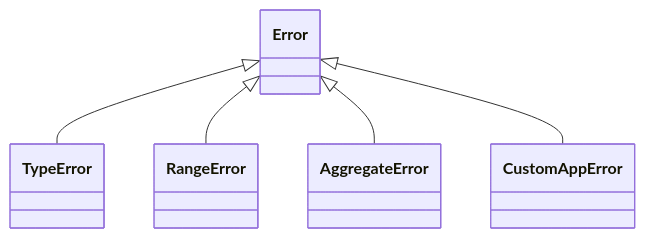
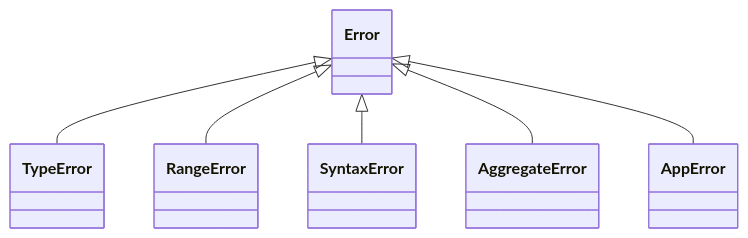
The second of 4 diagrams in docs/javascript/18-errors.md (prajjwaljogdand/FullstackPreparation), drawn with Mermaid before and after one commit. The commit also changed other lines of this file and 91 other files, not shown here.

````diff
--- a/docs/javascript/18-errors.md
+++ b/docs/javascript/18-errors.md
@@ -24,7 +61,8 @@
 ```mermaid
 classDiagram
   Error <|-- TypeError
   Error <|-- RangeError
+  Error <|-- SyntaxError
   Error <|-- AggregateError
-  Error <|-- CustomAppError
+  Error <|-- AppError
 ```
````
